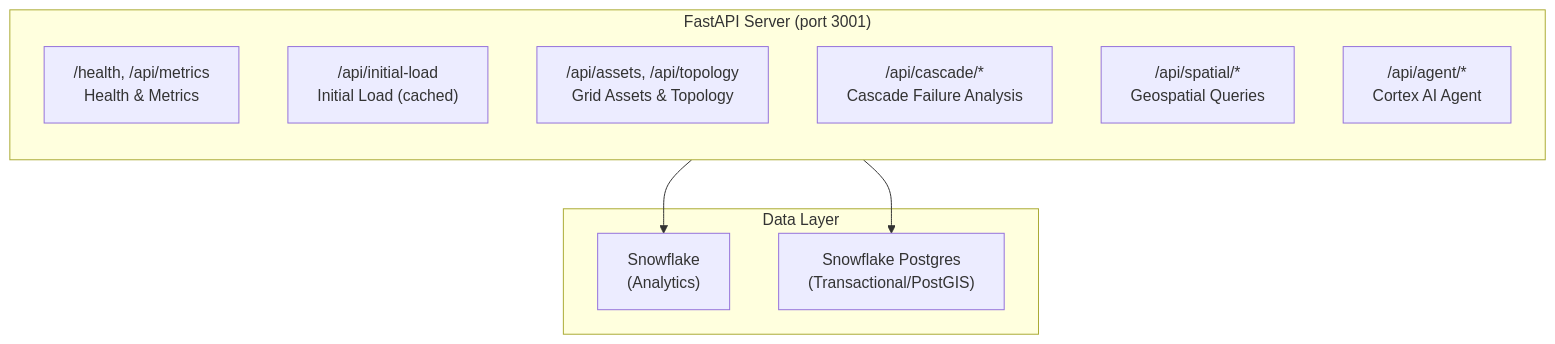
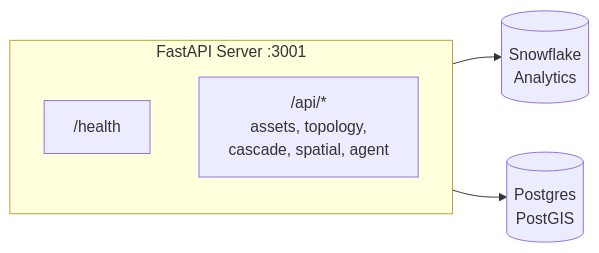
The diagram in docs/API_REFERENCE.md (sfc-gh-abannerjee/flux-ops-center-spcs), drawn with Mermaid before and after one commit. The commit also changed 1 other file, not shown here.

Commit message:
Redesign Mermaid diagrams for horizontal layout
- Change flowchart TB to LR for left-to-right flow
- Consolidate verbose node lists into compact grouped nodes
- Reduce vertical scrolling in README diagrams

.... Generated with [Cortex Code](https://docs.snowflake.com/user-guide/snowflake-cortex/cortex-agents)

````diff
--- a/docs/API_REFERENCE.md
+++ b/docs/API_REFERENCE.md
@@ -11,20 +11,13 @@
 ```mermaid
-flowchart TB
-    subgraph Server["FastAPI Server (port 3001)"]
-        direction TB
-        H["/health, /api/metrics<br/>Health & Metrics"]
-        I["/api/initial-load<br/>Initial Load (cached)"]
-        A["/api/assets, /api/topology<br/>Grid Assets & Topology"]
-        C["/api/cascade/*<br/>Cascade Failure Analysis"]
-        S["/api/spatial/*<br/>Geospatial Queries"]
-        AG["/api/agent/*<br/>Cortex AI Agent"]
+flowchart LR
+    subgraph Server["FastAPI Server :3001"]
+        H["/health"]
+        API["/api/*<br/>assets, topology,<br/>cascade, spatial, agent"]
     end
     
-    subgraph Data["Data Layer"]
-        SF["Snowflake<br/>(Analytics)"]
-        PG["Snowflake Postgres<br/>(Transactional/PostGIS)"]
-    end
+    SF[("Snowflake<br/>Analytics")]
+    PG[("Postgres<br/>PostGIS")]
     
     Server --> SF
     Server --> PG
 ```
````
